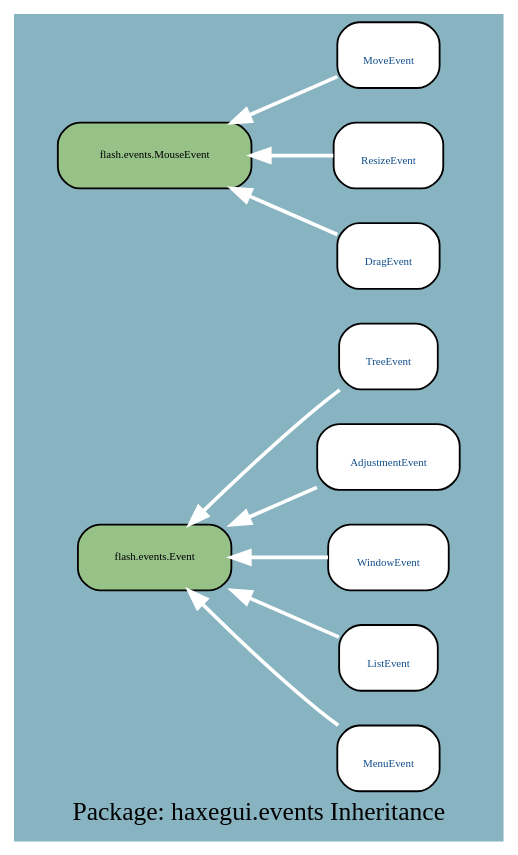
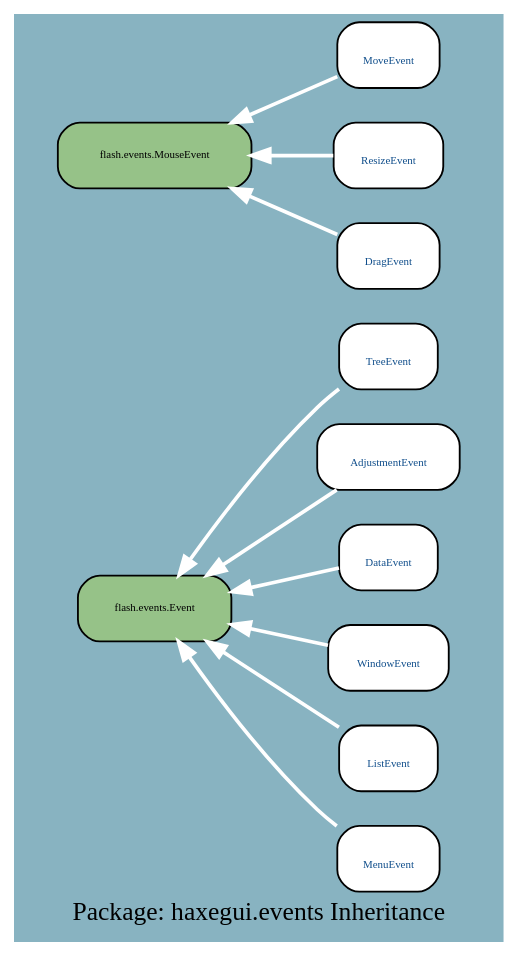
Before and after one commit to google-code-export/haxegui: the diagram in docs/uml/haxegui.events_I.dot, drawn with Graphviz. The commit also changed 246 other files, not shown here.

```diff
--- a/docs/uml/haxegui.events_I.dot
+++ b/docs/uml/haxegui.events_I.dot
@@ -1,25 +1,27 @@
 digraph uml {
 	graph [label="Package: haxegui.events Inheritance", ratio=compress, rankdir=RL, smoothing=avg_dist, overlap=compress, packMode="graph", labelloc=c, fontname="DejaVu Sans Condenesed", fontsize=14, bgcolor="#88B3C1", fontcolor=black];
 	node [label="\N", style="rounded,filled", fillcolor="#96c288", fontcolor="#104E8B", fontname="FFF Harmony", fontsize=6, shape=record, color=black];
 	edge [fontname=Sans, fontsize=8, minlen="1.2", color=black, fontcolor=black];
 	graph [lp="135,12",
-		bb="0,0,270,439"];
-	"haxegui.events.TreeEvent" [label="{\nTreeEvent}", fillcolor=white, URL="../types/haxegui/events/TreeEvent.html", tooltip="\nTreeEvent", portPos=w, pos="207,259", rects="180,241,235,277", width="0.75", height="0.50"];
-	"flash.events.Event" [fontcolor=black, pos="77,151", rects="35,133,119,169", width="1.17", height="0.50"];
-	"haxegui.events.AdjustmentEvent" [label="{\nAdjustmentEvent}", fillcolor=white, URL="../types/haxegui/events/AdjustmentEvent.html", tooltip="\nAdjustmentEvent", portPos=w, pos="207,205", rects="168,187,247,223", width="1.08", height="0.50"];
+		bb="0,0,270,493"];
+	"haxegui.events.TreeEvent" [label="{\nTreeEvent}", fillcolor=white, URL="../types/haxegui/events/TreeEvent.html", tooltip="\nTreeEvent", portPos=w, pos="207,313", rects="180,295,235,331", width="0.75", height="0.50"];
+	"flash.events.Event" [fontcolor=black, pos="77,178", rects="35,160,119,196", width="1.17", height="0.50"];
+	"haxegui.events.AdjustmentEvent" [label="{\nAdjustmentEvent}", fillcolor=white, URL="../types/haxegui/events/AdjustmentEvent.html", tooltip="\nAdjustmentEvent", portPos=w, pos="207,259", rects="168,241,247,277", width="1.08", height="0.50"];
+	"haxegui.events.DataEvent" [label="{\nDataEvent}", fillcolor=white, URL="../types/haxegui/events/DataEvent.html", tooltip="\nDataEvent", portPos=w, pos="207,205", rects="180,187,235,223", width="0.75", height="0.50"];
 	"haxegui.events.WindowEvent" [label="{\nWindowEvent}", fillcolor=white, URL="../types/haxegui/events/WindowEvent.html", tooltip="\nWindowEvent", portPos=w, pos="207,151", rects="174,133,240,169", width="0.92", height="0.50"];
-	"haxegui.events.MoveEvent" [label="{\nMoveEvent}", fillcolor=white, URL="../types/haxegui/events/MoveEvent.html", tooltip="\nMoveEvent", portPos=w, pos="207,421", rects="179,403,236,439", width="0.78", height="0.50"];
-	"flash.events.MouseEvent" [fontcolor=black, pos="77,367", rects="24,349,131,385", width="1.47", height="0.50"];
+	"haxegui.events.MoveEvent" [label="{\nMoveEvent}", fillcolor=white, URL="../types/haxegui/events/MoveEvent.html", tooltip="\nMoveEvent", portPos=w, pos="207,475", rects="179,457,236,493", width="0.78", height="0.50"];
+	"flash.events.MouseEvent" [fontcolor=black, pos="77,421", rects="24,403,131,439", width="1.47", height="0.50"];
 	"haxegui.events.ListEvent" [label="{\nListEvent}", fillcolor=white, URL="../types/haxegui/events/ListEvent.html", tooltip="\nListEvent", portPos=w, pos="207,97", rects="180,79,234,115", width="0.75", height="0.50"];
 	"haxegui.events.MenuEvent" [label="{\nMenuEvent}", fillcolor=white, URL="../types/haxegui/events/MenuEvent.html", tooltip="\nMenuEvent", portPos=w, pos="207,43", rects="179,25,236,61", width="0.78", height="0.50"];
-	"haxegui.events.ResizeEvent" [label="{\nResizeEvent}", fillcolor=white, URL="../types/haxegui/events/ResizeEvent.html", tooltip="\nResizeEvent", portPos=w, pos="207,367", rects="177,349,238,385", width="0.83", height="0.50"];
-	"haxegui.events.DragEvent" [label="{\nDragEvent}", fillcolor=white, URL="../types/haxegui/events/DragEvent.html", tooltip="\nDragEvent", portPos=w, pos="207,313", rects="179,295,235,331", width="0.78", height="0.50"];
-	"haxegui.events.TreeEvent" -> "flash.events.Event" [color=white, style=bold, arrowhead=normal, arrowsize="1.0", pos="e,95,169 180,242 175,239 171,235 167,232 144,215 120,193 103,176"];
-	"haxegui.events.AdjustmentEvent" -> "flash.events.Event" [color=white, style=bold, arrowhead=normal, arrowsize="1.0", pos="e,119,169 168,189 156,184 142,178 129,173"];
-	"haxegui.events.WindowEvent" -> "flash.events.Event" [color=white, style=bold, arrowhead=normal, arrowsize="1.0", pos="e,119,151 174,151 160,151 144,151 129,151"];
-	"haxegui.events.MoveEvent" -> "flash.events.MouseEvent" [color=white, style=bold, arrowhead=normal, arrowsize="1.0", pos="e,121,385 179,409 165,403 147,396 131,389"];
-	"haxegui.events.ListEvent" -> "flash.events.Event" [color=white, style=bold, arrowhead=normal, arrowsize="1.0", pos="e,119,133 180,108 165,114 146,122 129,129"];
-	"haxegui.events.MenuEvent" -> "flash.events.Event" [color=white, style=bold, arrowhead=normal, arrowsize="1.0", pos="e,96,133 179,61 175,64 171,67 167,70 144,88 120,109 103,126"];
-	"haxegui.events.ResizeEvent" -> "flash.events.MouseEvent" [color=white, style=bold, arrowhead=normal, arrowsize="1.0", pos="e,131,367 177,367 166,367 154,367 141,367"];
-	"haxegui.events.DragEvent" -> "flash.events.MouseEvent" [color=white, style=bold, arrowhead=normal, arrowsize="1.0", pos="e,121,349 179,325 165,331 147,338 131,345"];
+	"haxegui.events.ResizeEvent" [label="{\nResizeEvent}", fillcolor=white, URL="../types/haxegui/events/ResizeEvent.html", tooltip="\nResizeEvent", portPos=w, pos="207,421", rects="177,403,238,439", width="0.83", height="0.50"];
+	"haxegui.events.DragEvent" [label="{\nDragEvent}", fillcolor=white, URL="../types/haxegui/events/DragEvent.html", tooltip="\nDragEvent", portPos=w, pos="207,367", rects="179,349,235,385", width="0.78", height="0.50"];
+	"haxegui.events.TreeEvent" -> "flash.events.Event" [color=white, style=bold, arrowhead=normal, arrowsize="1.0", pos="e,90,196 180,297 175,294 171,290 167,286 139,261 113,228 96,204"];
+	"haxegui.events.AdjustmentEvent" -> "flash.events.Event" [color=white, style=bold, arrowhead=normal, arrowsize="1.0", pos="e,106,196 178,241 159,230 134,215 114,202"];
+	"haxegui.events.DataEvent" -> "flash.events.Event" [color=white, style=bold, arrowhead=normal, arrowsize="1.0", pos="e,119,187 180,199 165,196 146,192 129,189"];
+	"haxegui.events.WindowEvent" -> "flash.events.Event" [color=white, style=bold, arrowhead=normal, arrowsize="1.0", pos="e,119,169 174,158 160,160 144,164 129,167"];
+	"haxegui.events.MoveEvent" -> "flash.events.MouseEvent" [color=white, style=bold, arrowhead=normal, arrowsize="1.0", pos="e,121,439 179,463 165,457 147,450 131,443"];
+	"haxegui.events.ListEvent" -> "flash.events.Event" [color=white, style=bold, arrowhead=normal, arrowsize="1.0", pos="e,107,160 180,114 162,125 136,141 116,155"];
+	"haxegui.events.MenuEvent" -> "flash.events.Event" [color=white, style=bold, arrowhead=normal, arrowsize="1.0", pos="e,90,160 179,60 175,63 171,67 167,70 139,95 113,128 96,152"];
+	"haxegui.events.ResizeEvent" -> "flash.events.MouseEvent" [color=white, style=bold, arrowhead=normal, arrowsize="1.0", pos="e,131,421 177,421 166,421 154,421 141,421"];
+	"haxegui.events.DragEvent" -> "flash.events.MouseEvent" [color=white, style=bold, arrowhead=normal, arrowsize="1.0", pos="e,121,403 179,379 165,385 147,392 131,399"];
 }
```
